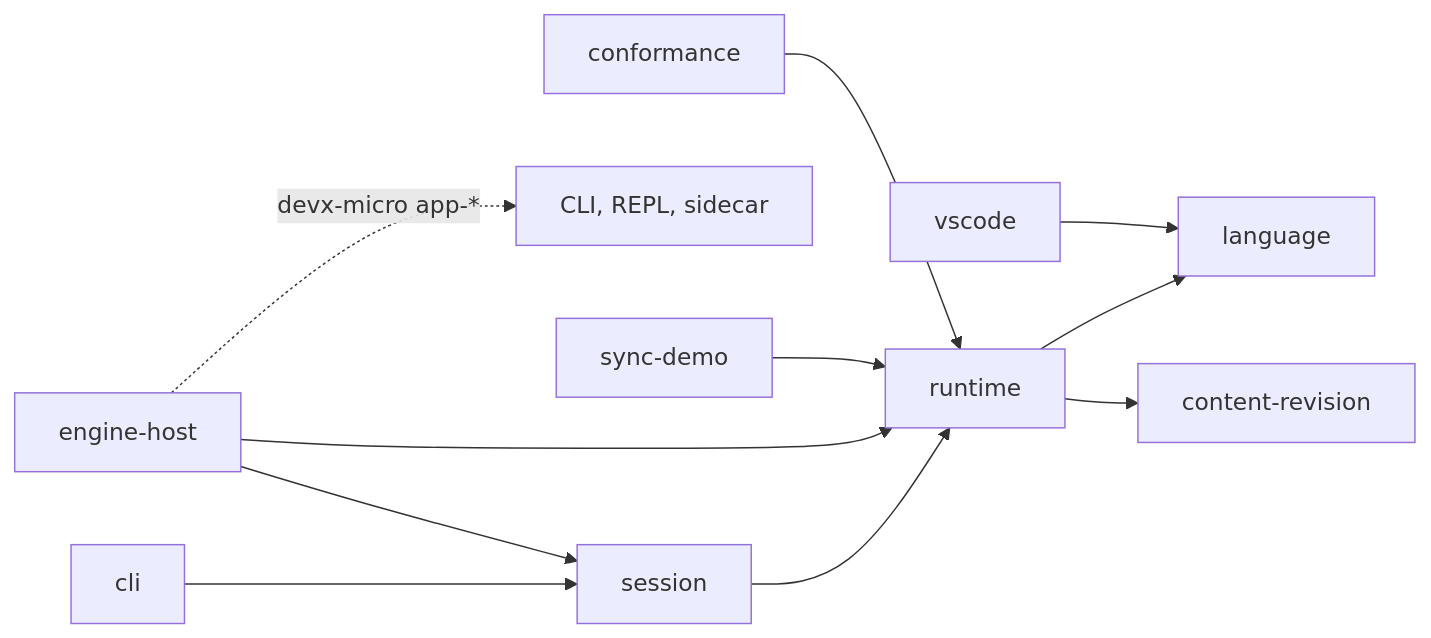
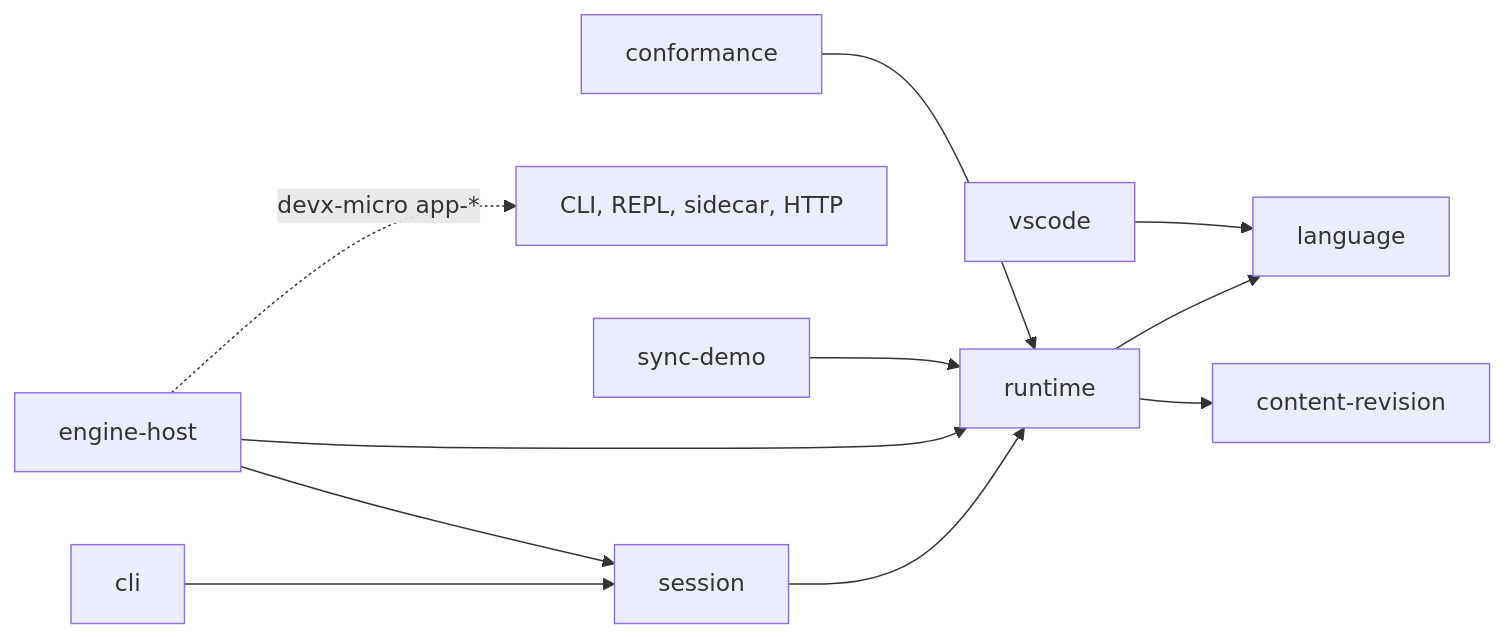
Before and after one commit to typedblite/typedblite: the second of 2 diagrams in AGENTS.md, drawn with Mermaid. The commit also changed other lines of this file and 14 other files, not shown here.

First line of the commit message:
feat(engine-host): HTTP on loopback, and in the parity spec

````diff
--- a/AGENTS.md
+++ b/AGENTS.md
@@ -27,13 +27,13 @@
 ```mermaid
 flowchart LR
   cli --> session
   session --> runtime
   engine-host --> session
-  engine-host -.->|devx-micro app-*| transports[CLI, REPL, sidecar]
+  engine-host -.->|devx-micro app-*| transports[CLI, REPL, sidecar, HTTP]
   engine-host --> runtime
   sync-demo --> runtime
   conformance --> runtime
   runtime --> language
   runtime --> content-revision
   vscode --> language
 ```
````
